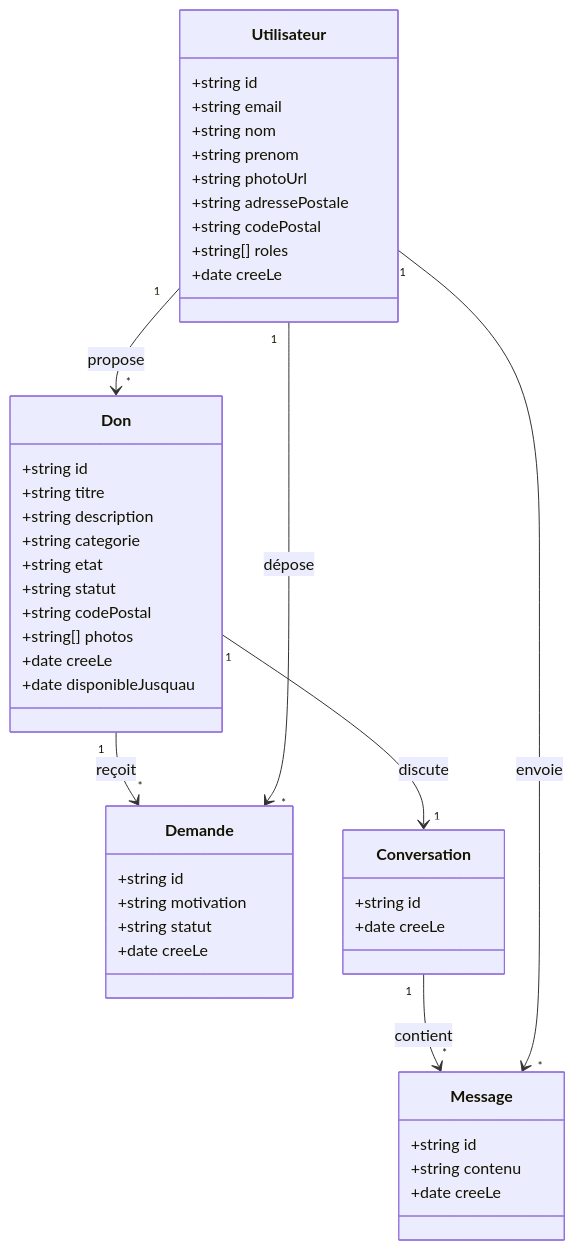
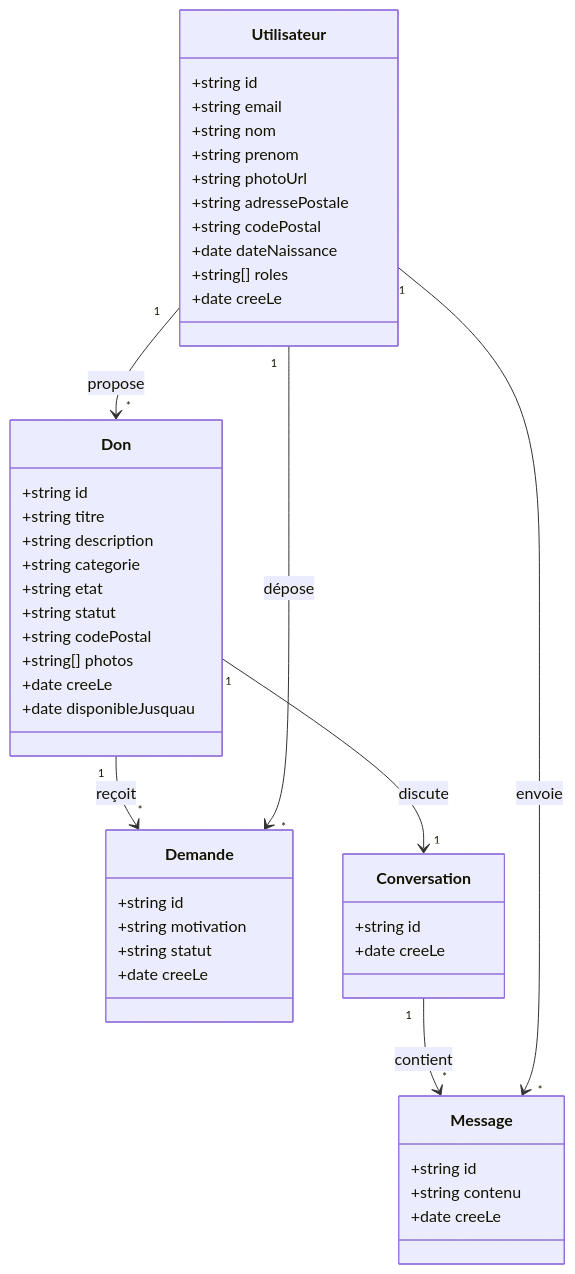
Before and after one commit to GuillaumeLorel/m2gdp-g6-don: the diagram in specs/data-model.md, drawn with Mermaid. The commit also changed 3 other files, not shown here.

First line of the commit message:
feat(profil): date de naissance et code postal, et annuaire en liste blanche

````diff
--- a/specs/data-model.md
+++ b/specs/data-model.md
@@ -17,52 +17,53 @@
 ```mermaid
 classDiagram
     class Utilisateur {
         +string id
         +string email
         +string nom
         +string prenom
         +string photoUrl
         +string adressePostale
         +string codePostal
+        +date dateNaissance
         +string[] roles
         +date creeLe
     }
 
     class Don {
         +string id
         +string titre
         +string description
         +string categorie
         +string etat
         +string statut
         +string codePostal
         +string[] photos
         +date creeLe
         +date disponibleJusquau
     }
 
     class Demande {
         +string id
         +string motivation
         +string statut
         +date creeLe
     }
 
     class Conversation {
         +string id
         +date creeLe
     }
 
     class Message {
         +string id
         +string contenu
         +date creeLe
     }
 
     Utilisateur "1" --> "*" Don : propose
     Don "1" --> "*" Demande : reçoit
     Utilisateur "1" --> "*" Demande : dépose
     Don "1" --> "1" Conversation : discute
     Conversation "1" --> "*" Message : contient
     Utilisateur "1" --> "*" Message : envoie
 ```
````
